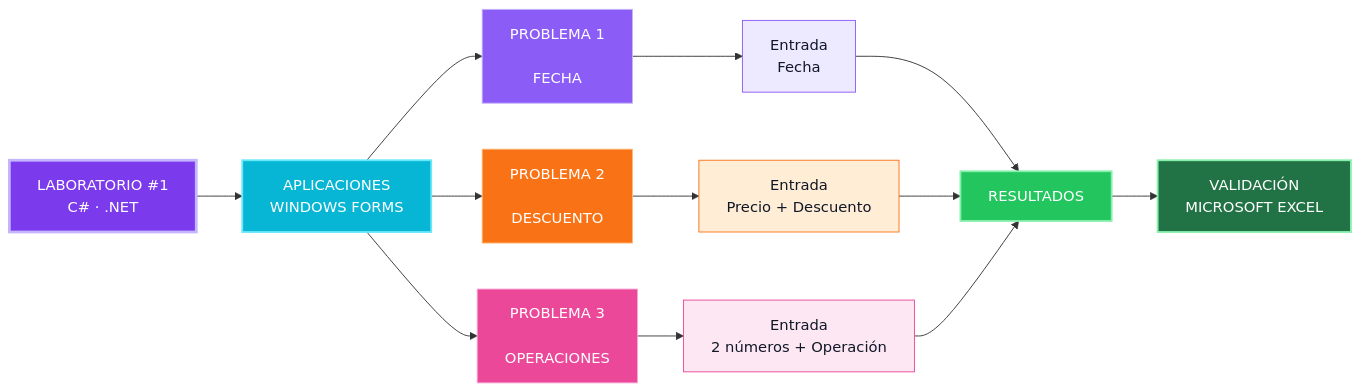
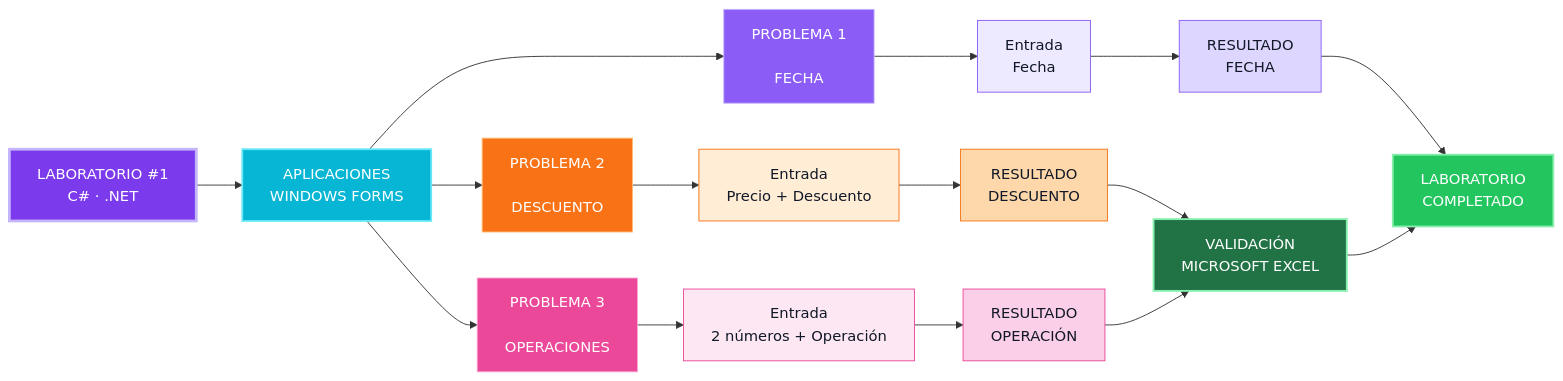
One commit to VITIDEV06/LABORATORIO-CONTROLES-BASICOS-DE-C-SHARP-Victor-Montes changed the eighth of 8 diagrams in README.md. Above: the diagram before and after it, drawn with Mermaid.

````diff
--- a/README.md
+++ b/README.md
@@ -681,32 +681,40 @@
 ```mermaid
 flowchart LR
     A["LABORATORIO #1<br/>C# · .NET"] --> B["APLICACIONES<br/>WINDOWS FORMS"]
 
     B --> P1["PROBLEMA 1<br/><br/>FECHA"]
     B --> P2["PROBLEMA 2<br/><br/>DESCUENTO"]
     B --> P3["PROBLEMA 3<br/><br/>OPERACIONES"]
 
     P1 --> R1["Entrada<br/>Fecha"]
     P2 --> R2["Entrada<br/>Precio + Descuento"]
     P3 --> R3["Entrada<br/>2 números + Operación"]
 
-    R1 --> F["RESULTADOS"]
-    R2 --> F
-    R3 --> F
+    R1 --> F1["RESULTADO<br/>FECHA"]
+    R2 --> F2["RESULTADO<br/>DESCUENTO"]
+    R3 --> F3["RESULTADO<br/>OPERACIÓN"]
 
-    F --> V["VALIDACIÓN<br/>MICROSOFT EXCEL"]
+    F2 --> V["VALIDACIÓN<br/>MICROSOFT EXCEL"]
+    F3 --> V
+
+    F1 --> END["LABORATORIO<br/>COMPLETADO"]
+    V --> END
 
     style A fill:#7C3AED,color:#fff,stroke:#C4B5FD,stroke-width:3px
     style B fill:#06B6D4,color:#fff,stroke:#67E8F9,stroke-width:2px
 
     style P1 fill:#8B5CF6,color:#fff,stroke:#C4B5FD
     style P2 fill:#F97316,color:#fff,stroke:#FDBA74
     style P3 fill:#EC4899,color:#fff,stroke:#F9A8D4
 
     style R1 fill:#EDE9FE,color:#111827,stroke:#8B5CF6
     style R2 fill:#FFEDD5,color:#111827,stroke:#F97316
     style R3 fill:#FCE7F3,color:#111827,stroke:#EC4899
 
-    style F fill:#22C55E,color:#fff,stroke:#86EFAC,stroke-width:2px
+    style F1 fill:#DDD6FE,color:#111827,stroke:#8B5CF6
+    style F2 fill:#FED7AA,color:#111827,stroke:#F97316
+    style F3 fill:#FBCFE8,color:#111827,stroke:#EC4899
+
     style V fill:#217346,color:#fff,stroke:#86EFAC,stroke-width:2px
+    style END fill:#22C55E,color:#fff,stroke:#86EFAC,stroke-width:2px
 ```
````
